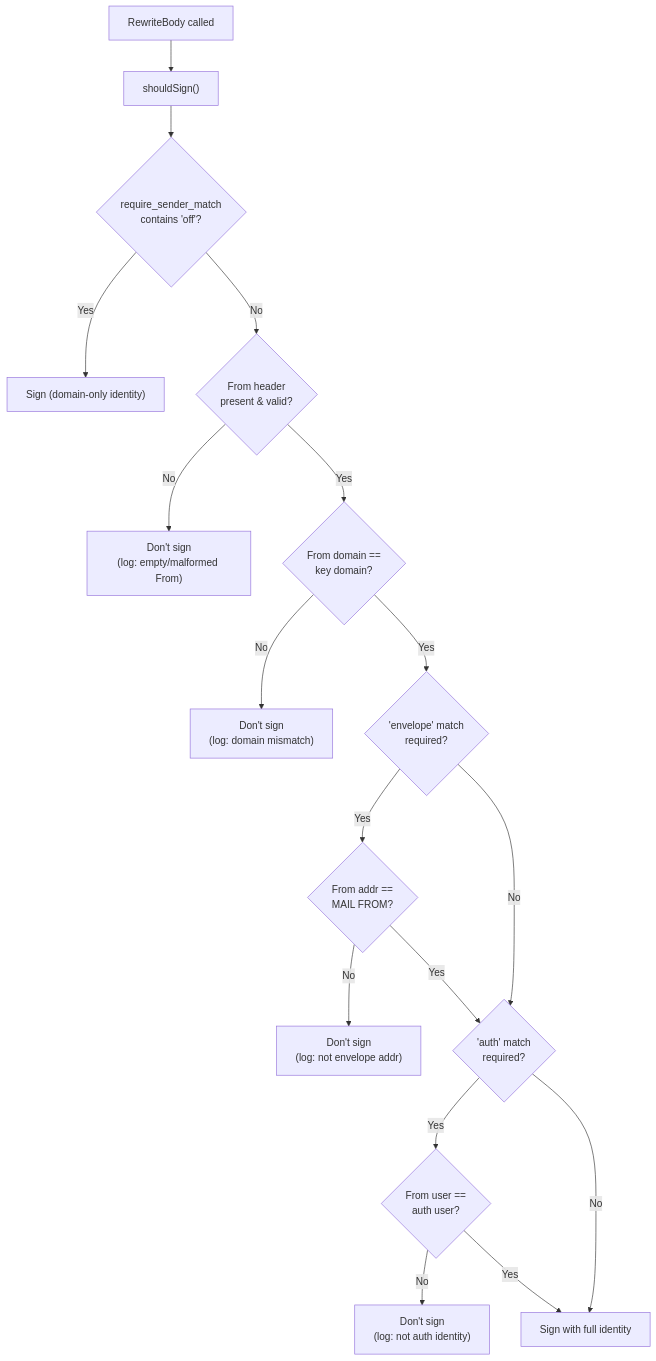
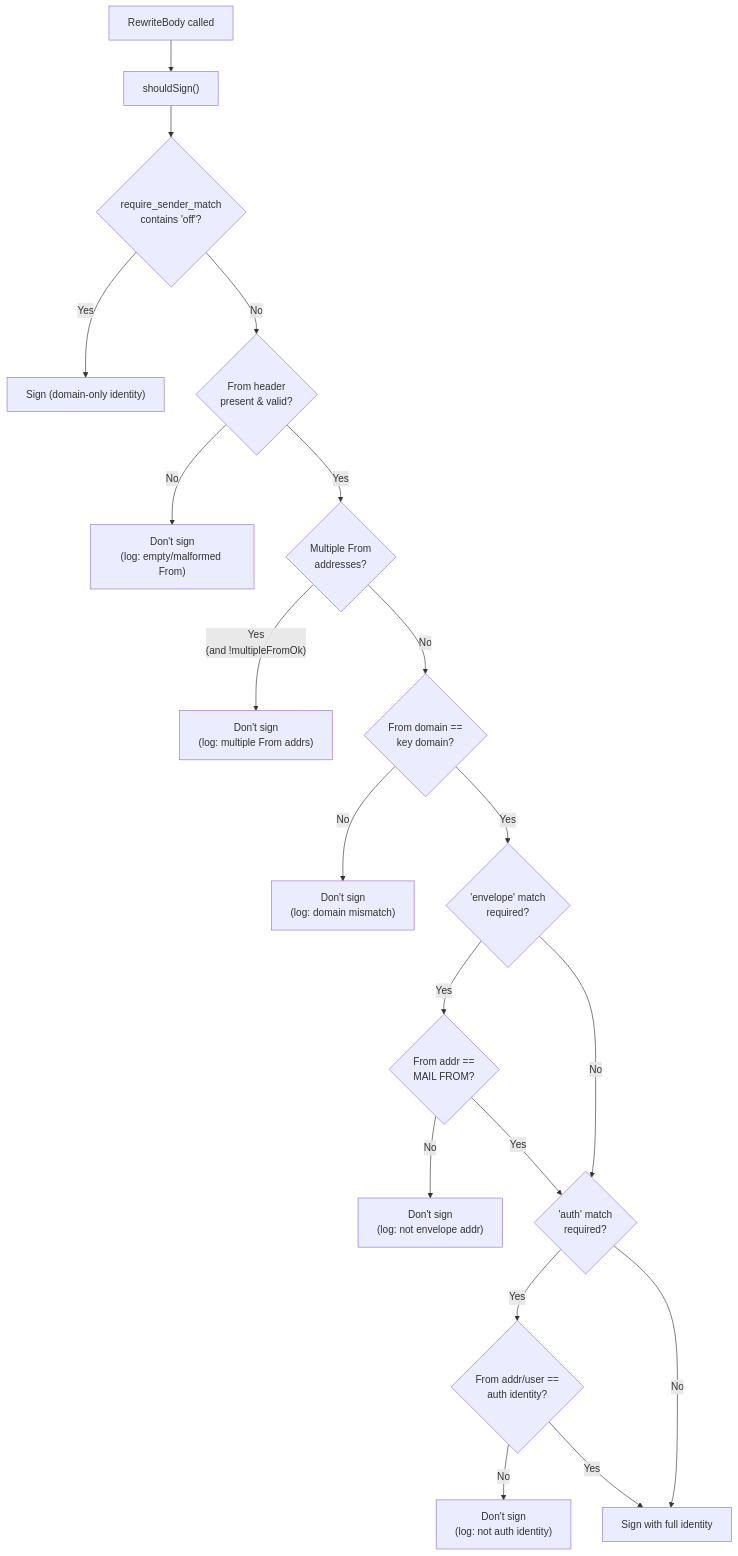
The second of 2 diagrams in blitzy/documentation/maddy_26452dd8dd78.md (blitzy-research/maddy), drawn with Mermaid before and after one commit. The commit also changed other lines of this file, not shown here.

````diff
--- a/blitzy/documentation/maddy_26452dd8dd78.md
+++ b/blitzy/documentation/maddy_26452dd8dd78.md
@@ -874,19 +877,21 @@
 ```mermaid
 flowchart TD
     A["RewriteBody called"] --> B["shouldSign()"]
     B --> C{"require_sender_match\ncontains 'off'?"}
     C -->|Yes| D["Sign (domain-only identity)"]
     C -->|No| E{"From header\npresent & valid?"}
     E -->|No| F["Don't sign\n(log: empty/malformed From)"]
-    E -->|Yes| G{"From domain ==\nkey domain?"}
+    E -->|Yes| E2{"Multiple From\naddresses?"}
+    E2 -->|"Yes\n(and !multipleFromOk)"| F2["Don't sign\n(log: multiple From addrs)"]
+    E2 -->|No| G{"From domain ==\nkey domain?"}
     G -->|No| H["Don't sign\n(log: domain mismatch)"]
     G -->|Yes| I{"'envelope' match\nrequired?"}
     I -->|Yes| J{"From addr ==\nMAIL FROM?"}
     J -->|No| K["Don't sign\n(log: not envelope addr)"]
     J -->|Yes| L{"'auth' match\nrequired?"}
     I -->|No| L
-    L -->|Yes| M{"From user ==\nauth user?"}
+    L -->|Yes| M{"From addr/user ==\nauth identity?"}
     M -->|No| N["Don't sign\n(log: not auth identity)"]
     M -->|Yes| O["Sign with full identity"]
     L -->|No| O
 ```
````
